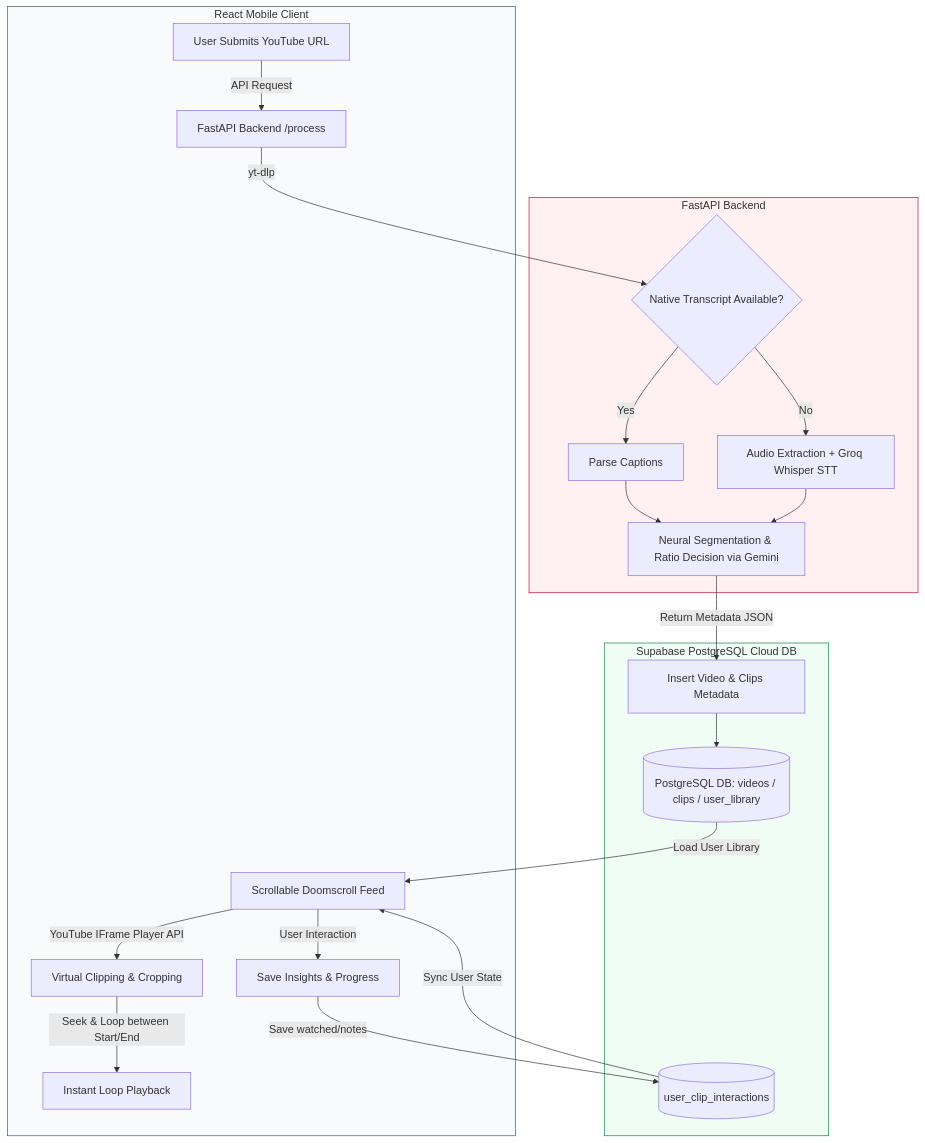
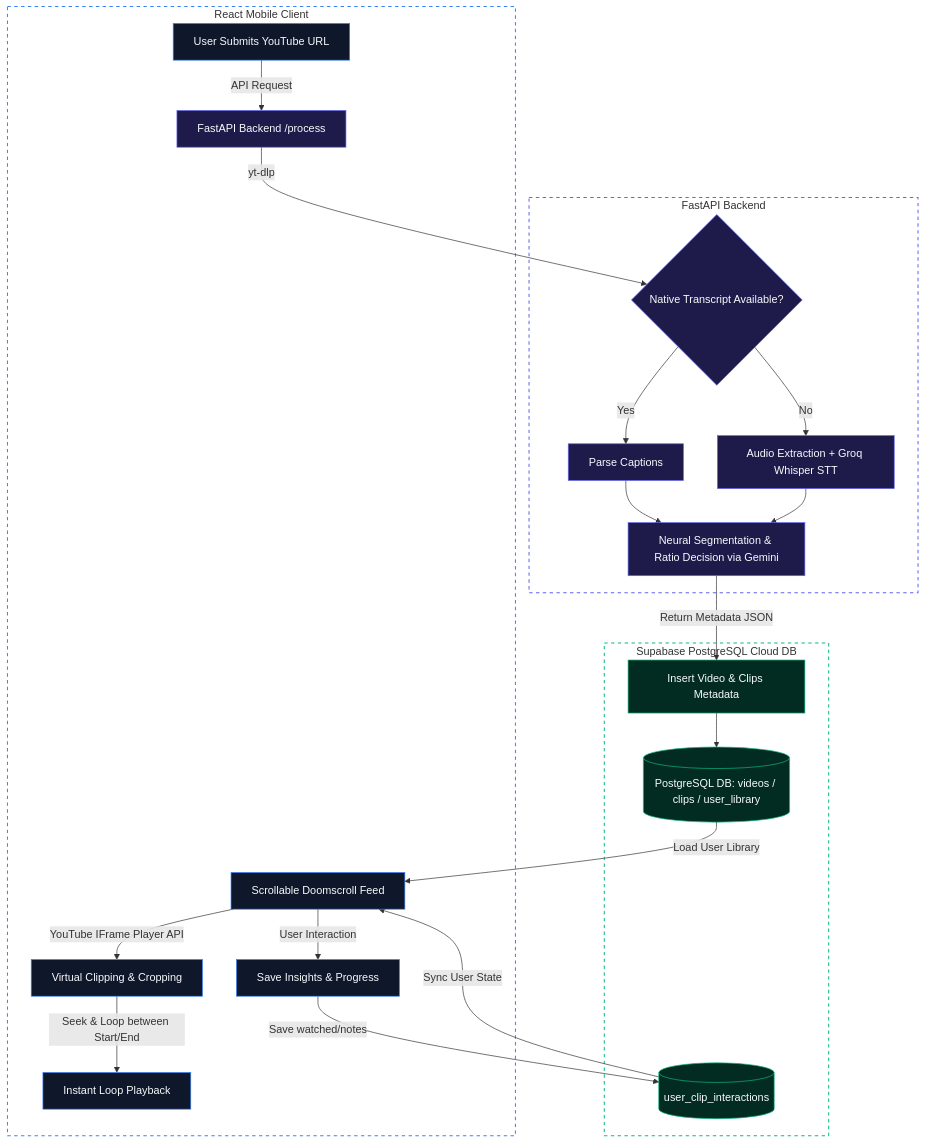
The diagram in README.md (abdulrahimzulfiqar/productive-doomscrolling), drawn with Mermaid before and after one commit.

Commit message:
docs: improve Mermaid diagram theme-agnostic styling for dark/light mode readability

````diff
--- a/README.md
+++ b/README.md
@@ -11,34 +11,43 @@
 ```mermaid
 graph TD
     %% Frontend Flow
     subgraph Frontend [React Mobile Client]
         A[User Submits YouTube URL] -->|API Request| B[FastAPI Backend /process]
         H[Scrollable Doomscroll Feed] -->|YouTube IFrame Player API| I[Virtual Clipping & Cropping]
         I -->|Seek & Loop between Start/End| J[Instant Loop Playback]
         H -->|User Interaction| K[Save Insights & Progress]
     end
 
     %% Backend Flow
     subgraph Backend [FastAPI Backend]
         B -->|yt-dlp| C{Native Transcript Available?}
         C -->|Yes| D[Parse Captions]
         C -->|No| E[Audio Extraction + Groq Whisper STT]
         D & E --> F[Neural Segmentation & Ratio Decision via Gemini]
     end
 
     %% Database Flow
     subgraph Database [Supabase PostgreSQL Cloud DB]
         F -->|Return Metadata JSON| L[Insert Video & Clips Metadata]
         L --> G[(PostgreSQL DB: videos / clips / user_library)]
         K -->|Save watched/notes| M[(user_clip_interactions)]
     end
 
     %% Wiring
     G -->|Load User Library| H
     M -->|Sync User State| H
 
-    %% Aesthetics
-    style Frontend fill:#f8fafc,stroke:#475569,stroke-width:1px
-    style Backend fill:#fff1f2,stroke:#be123c,stroke-width:1px
-    style Database fill:#f0fdf4,stroke:#15803d,stroke-width:1px
+    %% Style Classes for Dark & Light Mode Compatibility
+    classDef clientStyle fill:#0f172a,stroke:#3b82f6,stroke-width:1px,color:#f8fafc;
+    classDef serverStyle fill:#1e1b4b,stroke:#6366f1,stroke-width:1px,color:#f8fafc;
+    classDef dbStyle fill:#022c22,stroke:#10b981,stroke-width:1px,color:#f8fafc;
+
+    class A,H,I,J,K clientStyle;
+    class B,C,D,E,F serverStyle;
+    class L,G,M dbStyle;
+
+    %% Subgraph Aesthetics
+    style Frontend fill:none,stroke:#3b82f6,stroke-width:1.5px,stroke-dasharray: 5 5;
+    style Backend fill:none,stroke:#6366f1,stroke-width:1.5px,stroke-dasharray: 5 5;
+    style Database fill:none,stroke:#10b981,stroke-width:1.5px,stroke-dasharray: 5 5;
 ```
````
